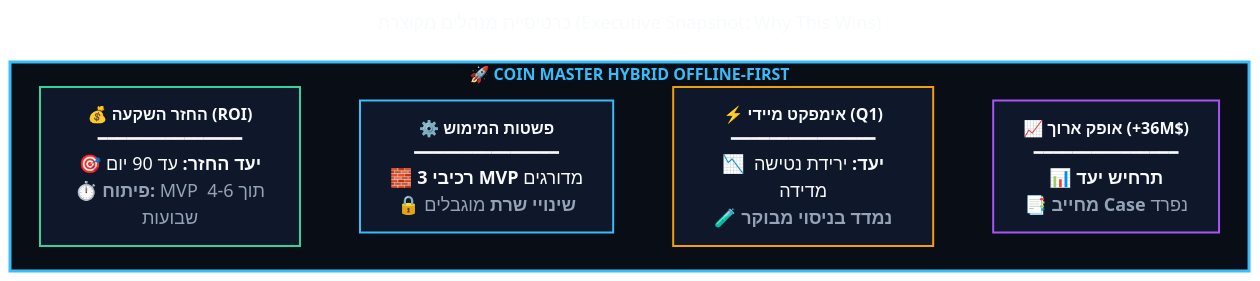
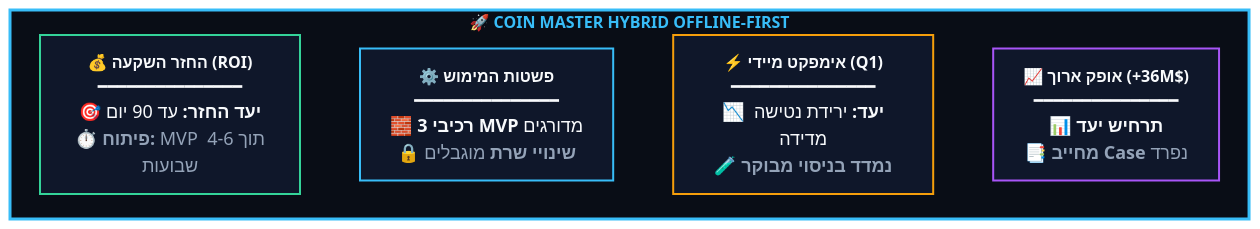
One commit to Yuvalalex/MOON-ACTIVE-MUNI-SPINE changed the diagram in prd_final_v5_CEO_chapters/README.md. Above: the diagram before and after it, drawn with Mermaid. The commit also changed 16 other files, not shown here.

Commit message:
docs: fix mermaid blocks in PRD docs

````diff
--- a/prd_final_v5_CEO_chapters/README.md
+++ b/prd_final_v5_CEO_chapters/README.md
@@ -172,45 +172,42 @@
 ```mermaid
----
-title: "כרטיסיית מנהלים מקוצרת (Executive Snapshot: Why This Wins)"
----
 %%{init: {
   "theme": "base",
   "themeVariables": {
     "fontFamily": "Segoe UI, Assistant, sans-serif",
     "fontSize": "16px",
     "primaryColor": "#0f172a",
     "primaryTextColor": "#f8fafc",
     "primaryBorderColor": "#38bdf8",
     "lineColor": "#38bdf8",
     "secondaryColor": "#1e293b",
     "tertiaryColor": "#1e293b",
     "edgeLabelBackground": "#0f172a",
     "nodeBorder": "#38bdf8",
     "clusterBkg": "#0b1120",
     "clusterBorder": "#38bdf8"
   },
   "flowchart": { "curve": "basis", "nodeSpacing": 30, "rankSpacing": 35, "padding": 15 },
   "sequence": { "actorMargin": 30, "messageMargin": 30 },
   "state": { "nodeSpacing": 30, "rankSpacing": 35, "titleTopMargin": 15 }
 }}%%
 flowchart LR
     subgraph HEADER ["🚀 <b>COIN MASTER HYBRID OFFLINE-FIRST</b>"]
         direction LR
         C1["💰 <b>החזר השקעה (ROI)</b><br/>━━━━━━━━━━━━━━━<br/><span style='font-size:18px;color:#38bdf8;'>🎯 <b>יעד החזר:</b> עד 90 יום</span><br/><span style='font-size:18px;color:#94a3b8;'>⏱️ <b>פיתוח:</b> MVP תוך 4-6 שבועות</span>"]
         C2["⚙️ <b>פשטות המימוש</b><br/>━━━━━━━━━━━━━━━<br/><span style='font-size:18px;color:#38bdf8;'>🧱 <b>3 רכיבי MVP</b> מדורגים</span><br/><span style='font-size:18px;color:#94a3b8;'>🔒 <b>שינויי שרת</b> מוגבלים</span>"]
         C3["⚡ <b>אימפקט מיידי (Q1)</b><br/>━━━━━━━━━━━━━━━<br/><span style='font-size:18px;color:#38bdf8;'>📉 <b>יעד:</b> ירידת נטישה מדידה</span><br/><span style='font-size:18px;color:#94a3b8;'>🧪 <b>נמדד בניסוי מבוקר</b></span>"]
         C4["📈 <b>אופק ארוך (+36M$)</b><br/>━━━━━━━━━━━━━━━<br/><span style='font-size:18px;color:#38bdf8;'>📊 <b>תרחיש יעד</b></span><br/><span style='font-size:18px;color:#94a3b8;'>📑 <b>מחייב Case</b> נפרד</span>"]
 
         %% כפיית סדר אופקי רציף
         C1 ~~~ C2 ~~~ C3 ~~~ C4
     end
 
     %% מסגרת עליונה כהה
     style HEADER fill:#090d16,stroke:#38bdf8,stroke-width:3px,color:#38bdf8
 
     %% כרטיסים פנימיים כהים ומודגשים
     style C1 fill:#0f172a,stroke:#34d399,stroke-width:2px,color:#f8fafc
     style C2 fill:#0f172a,stroke:#38bdf8,stroke-width:2px,color:#f8fafc
     style C3 fill:#0f172a,stroke:#f59e0b,stroke-width:2px,color:#f8fafc
     style C4 fill:#0f172a,stroke:#a855f7,stroke-width:2px,color:#f8fafc
 ```
````
